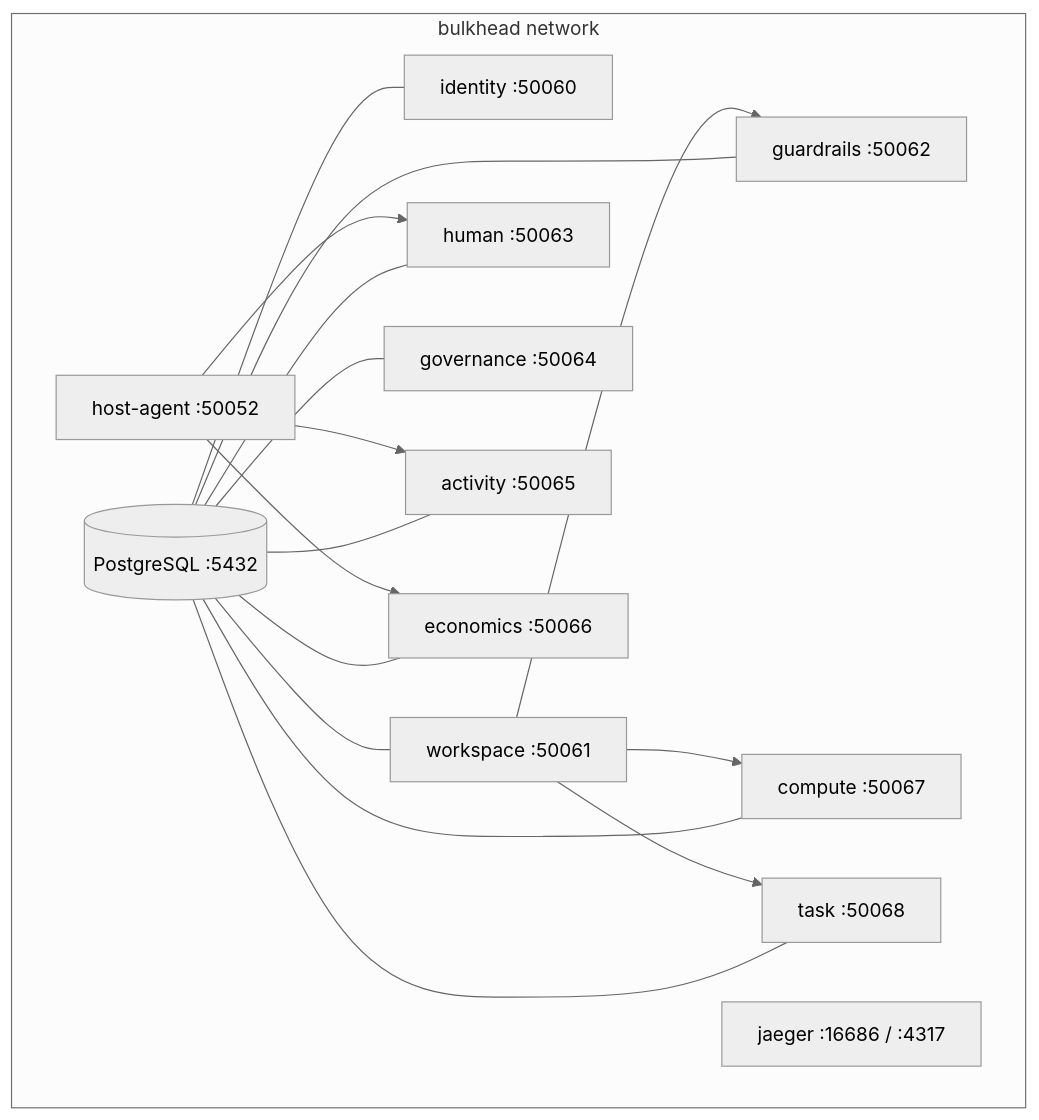
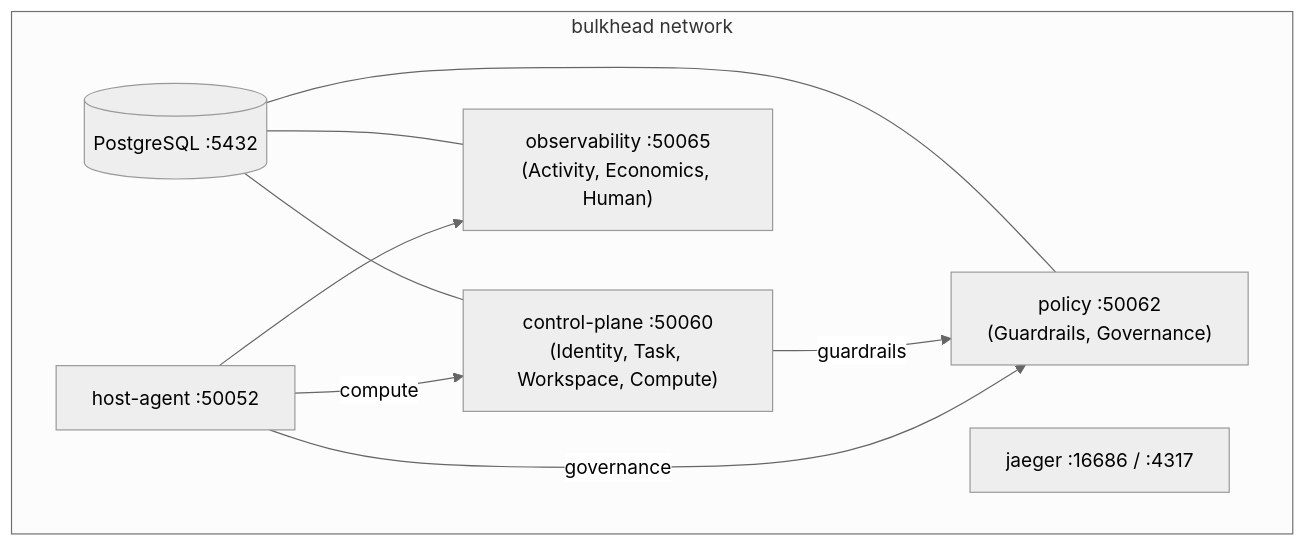
One commit to Baselyne-Systems/agent-sandbox-platform changed the diagram in docs/deployment.md. Above: the diagram before and after it, drawn with Mermaid (neutral theme). The commit also changed other lines of this file and 45 other files, not shown here.

````diff
--- a/docs/deployment.md
+++ b/docs/deployment.md
@@ -81,28 +87,19 @@
 ```mermaid
 graph TB
     subgraph net["bulkhead network"]
         PG[("PostgreSQL :5432")]
 
-        identity["identity :50060"]
-        workspace["workspace :50061"]
-        guardrails["guardrails :50062"]
-        human["human :50063"]
-        governance["governance :50064"]
-        activity["activity :50065"]
-        economics["economics :50066"]
-        compute["compute :50067"]
-        task["task :50068"]
+        cp["control-plane :50060<br/>(Identity, Task, Workspace, Compute)"]
+        policy["policy :50062<br/>(Guardrails, Governance)"]
+        obs["observability :50065<br/>(Activity, Economics, Human)"]
         runtime["host-agent :50052"]
         jaeger["jaeger :16686 / :4317"]
 
-        PG --- identity & workspace & guardrails & human
-        PG --- governance & activity & economics & compute & task
+        PG --- cp & policy & obs
 
-        workspace --> compute
-        workspace --> guardrails
-        workspace --> task
-        runtime --> human
-        runtime --> activity
-        runtime --> economics
+        cp -->|guardrails| policy
+        runtime --> obs
+        runtime -->|compute| cp
+        runtime -->|governance| policy
     end
 ```
````
